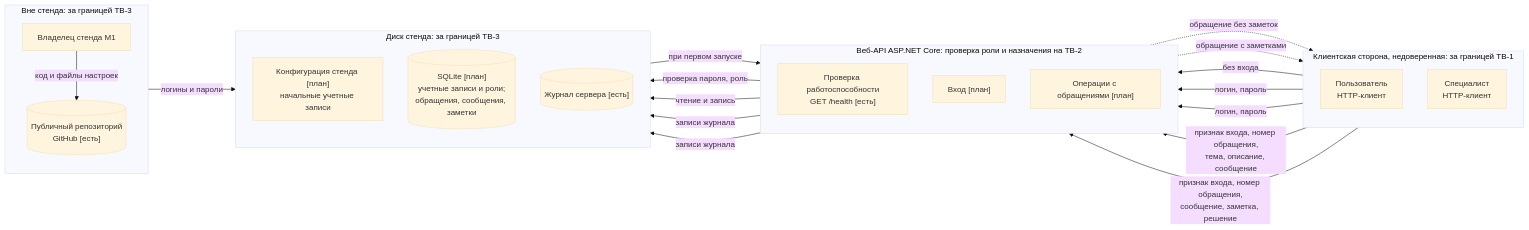
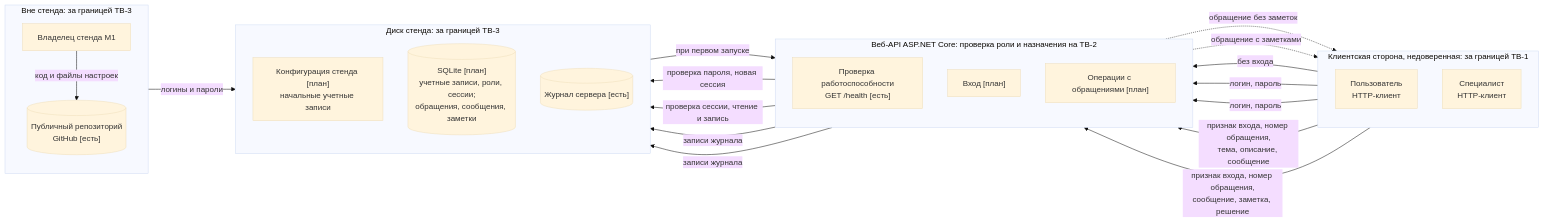
Before and after one commit to taisiya18/support-desk-api: the diagram in docs/threat-model.md, drawn with Mermaid (base theme). The commit also changed other lines of this file, not shown here.

````diff
--- a/docs/threat-model.md
+++ b/docs/threat-model.md
@@ -7,43 +7,43 @@
 ```mermaid
 flowchart LR
     subgraph CL["Клиентская сторона, недоверенная: за границей TB-1"]
         direction TB
         U["Пользователь<br/>HTTP-клиент"]
         S["Специалист<br/>HTTP-клиент"]
     end
 
     subgraph API["Веб-API ASP.NET Core: проверка роли и назначения на TB-2"]
         direction TB
         H["Проверка работоспособности<br/>GET /health [есть]"]
         L["Вход [план]"]
         O["Операции с обращениями [план]"]
     end
 
     subgraph DISK["Диск стенда: за границей TB-3"]
         direction TB
         CFG["Конфигурация стенда [план]<br/>начальные учетные записи"]
-        DB[("SQLite [план]<br/>учетные записи и роли;<br/>обращения, сообщения, заметки")]
+        DB[("SQLite [план]<br/>учетные записи, роли, сессии;<br/>обращения, сообщения, заметки")]
         LOG[("Журнал сервера [есть]")]
     end
 
     subgraph EXT["Вне стенда: за границей TB-3"]
         direction TB
         OWN["Владелец стенда M1"]
         REPO[("Публичный репозиторий<br/>GitHub [есть]")]
     end
 
     U -- "без входа" --> H
     U -- "логин, пароль" --> L
     S -- "логин, пароль" --> L
     U -- "признак входа, номер обращения,<br/>тема, описание, сообщение" --> O
     S -- "признак входа, номер обращения,<br/>сообщение, заметка, решение" --> O
     O -. "обращение без заметок" .-> U
     O -. "обращение с заметками" .-> S
-    L -- "проверка пароля, роль" --> DB
-    O -- "чтение и запись" --> DB
+    L -- "проверка пароля, новая сессия" --> DB
+    O -- "проверка сессии, чтение и запись" --> DB
     O -- "записи журнала" --> LOG
     L -- "записи журнала" --> LOG
     CFG -- "при первом запуске" --> L
     OWN -- "логины и пароли" --> CFG
     OWN -- "код и файлы настроек" --> REPO
 ```
````
